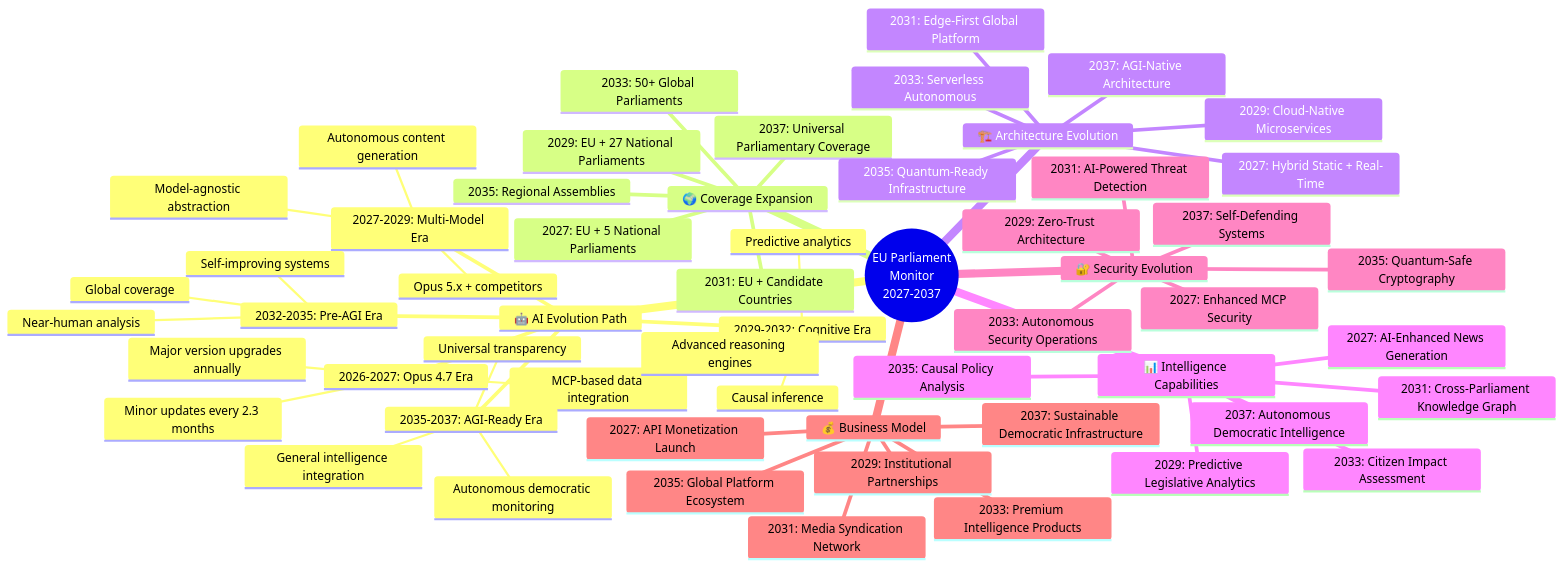
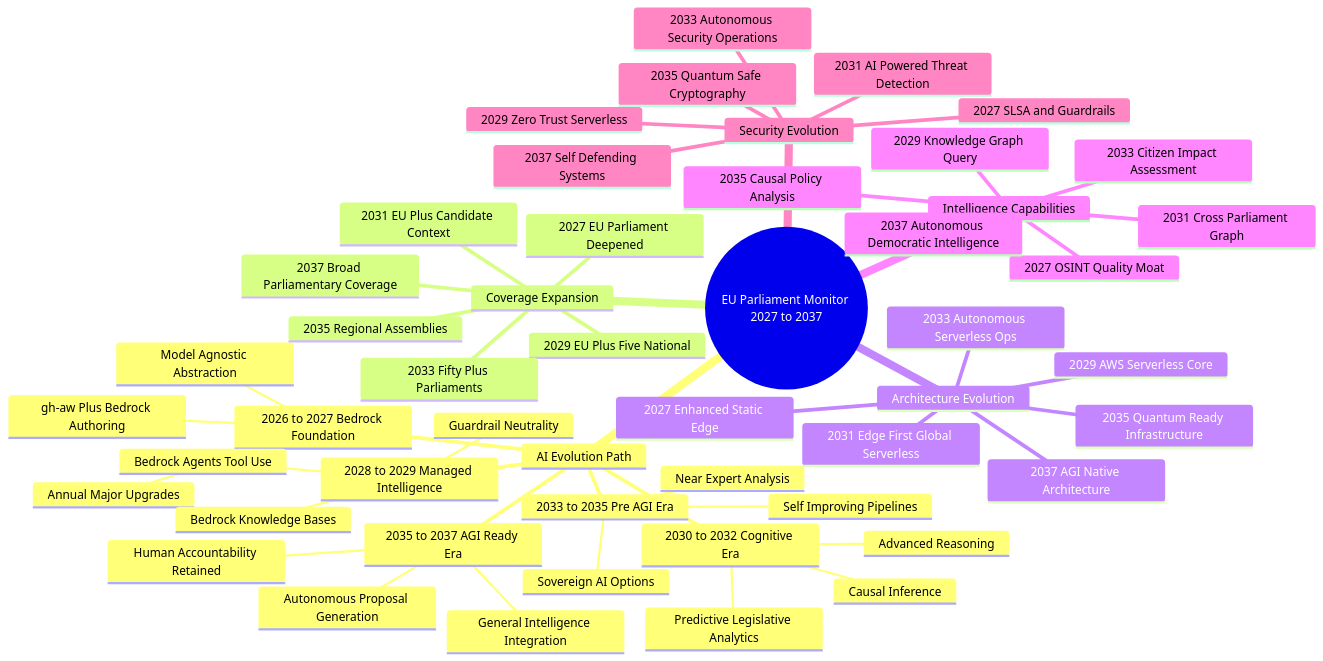
Diagram 13 of 15 in FUTURE_MINDMAP.md (Hack23/euparliamentmonitor), drawn with Mermaid before and after one commit. The commit also changed other lines of this file and 5 other files, not shown here.

Commit message:
docs: rewrite FUTURE architecture portfolio for v2.0/v3.0 all-in-AWS vision

````diff
--- a/FUTURE_MINDMAP.md
+++ b/FUTURE_MINDMAP.md
@@ -810,60 +710,53 @@
 ```mermaid
 mindmap
-  root((EU Parliament<br/>Monitor<br/>2027-2037))
-    🤖 AI Evolution Path
-      2026-2027: Opus 4.7 Era
-        Minor updates every 2.3 months
-        Major version upgrades annually
-        MCP-based data integration
-      2027-2029: Multi-Model Era
-        Opus 5.x + competitors
-        Model-agnostic abstraction
-        Autonomous content generation
-      2029-2032: Cognitive Era
-        Advanced reasoning engines
-        Predictive analytics
-        Causal inference
-      2032-2035: Pre-AGI Era
-        Near-human analysis
-        Self-improving systems
-        Global coverage
-      2035-2037: AGI-Ready Era
-        General intelligence integration
-        Autonomous democratic monitoring
-        Universal transparency
-    🌍 Coverage Expansion
-      2027: EU + 5 National Parliaments
-      2029: EU + 27 National Parliaments
-      2031: EU + Candidate Countries
-      2033: 50+ Global Parliaments
-      2035: Regional Assemblies
-      2037: Universal Parliamentary Coverage
-    🏗️ Architecture Evolution
-      2027: Hybrid Static + Real-Time
-      2029: Cloud-Native Microservices
-      2031: Edge-First Global Platform
-      2033: Serverless Autonomous
-      2035: Quantum-Ready Infrastructure
-      2037: AGI-Native Architecture
-    📊 Intelligence Capabilities
-      2027: AI-Enhanced News Generation
-      2029: Predictive Legislative Analytics
-      2031: Cross-Parliament Knowledge Graph
-      2033: Citizen Impact Assessment
-      2035: Causal Policy Analysis
-      2037: Autonomous Democratic Intelligence
-    🔐 Security Evolution
-      2027: Enhanced MCP Security
-      2029: Zero-Trust Architecture
-      2031: AI-Powered Threat Detection
-      2033: Autonomous Security Operations
-      2035: Quantum-Safe Cryptography
-      2037: Self-Defending Systems
-    💰 Business Model
-      2027: API Monetization Launch
-      2029: Institutional Partnerships
-      2031: Media Syndication Network
-      2033: Premium Intelligence Products
-      2035: Global Platform Ecosystem
-      2037: Sustainable Democratic Infrastructure
+  root((EU Parliament Monitor 2027 to 2037))
+    AI Evolution Path
+      2026 to 2027 Bedrock Foundation
+        Model Agnostic Abstraction
+        gh-aw Plus Bedrock Authoring
+        Annual Major Upgrades
+      2028 to 2029 Managed Intelligence
+        Bedrock Knowledge Bases
+        Bedrock Agents Tool Use
+        Guardrail Neutrality
+      2030 to 2032 Cognitive Era
+        Advanced Reasoning
+        Predictive Legislative Analytics
+        Causal Inference
+      2033 to 2035 Pre AGI Era
+        Near Expert Analysis
+        Self Improving Pipelines
+        Sovereign AI Options
+      2035 to 2037 AGI Ready Era
+        General Intelligence Integration
+        Autonomous Proposal Generation
+        Human Accountability Retained
+    Coverage Expansion
+      2027 EU Parliament Deepened
+      2029 EU Plus Five National
+      2031 EU Plus Candidate Context
+      2033 Fifty Plus Parliaments
+      2035 Regional Assemblies
+      2037 Broad Parliamentary Coverage
+    Architecture Evolution
+      2027 Enhanced Static Edge
+      2029 AWS Serverless Core
+      2031 Edge First Global Serverless
+      2033 Autonomous Serverless Ops
+      2035 Quantum Ready Infrastructure
+      2037 AGI Native Architecture
+    Intelligence Capabilities
+      2027 OSINT Quality Moat
+      2029 Knowledge Graph Query
+      2031 Cross Parliament Graph
+      2033 Citizen Impact Assessment
+      2035 Causal Policy Analysis
+      2037 Autonomous Democratic Intelligence
+    Security Evolution
+      2027 SLSA and Guardrails
+      2029 Zero Trust Serverless
+      2031 AI Powered Threat Detection
+      2033 Autonomous Security Operations
+      2035 Quantum Safe Cryptography
+      2037 Self Defending Systems
 ```
````
